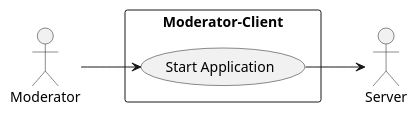
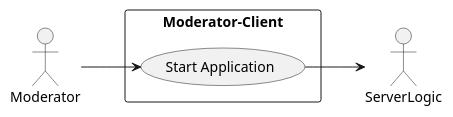
Before and after one commit to Brotenko/QualityQuest: the diagram in Docs/Technical Specifications/docs/diagrams/use-case-diagrams/moderator-client-a.puml, drawn with PlantUML. The commit also changed 18 other files, not shown here.

```diff
--- a/Docs/Technical Specifications/docs/diagrams/use-case-diagrams/moderator-client-a.puml
+++ b/Docs/Technical Specifications/docs/diagrams/use-case-diagrams/moderator-client-a.puml
@@ -1,50 +1,50 @@
 @startuml
 left to right direction
 
 
 rectangle "Moderator-Client" {
     usecase "Start Application" as start
 }
 
 actor "Moderator" as m
-actor "Server" as s
+actor "ServerLogic" as s
 
 m --> start
 start --> s
 
 
 
 
 
 /'
 rectangle "Moderator-Client" {
     
     usecase "Start Application" as s
     usecase "Show Intro" as ia
     usecase "Show Mainmenu" as mm
     usecase "Show Options" as so
     usecase "End Application" as ea
     usecase "Start Offline-Game" as og
     together {
     usecase "Connect to Server" as cs
     usecase "Start game" as sg
     }
 }
 actor "Moderator" as m
 actor "Server" as se
 'actor "PlayerAudience" as p
 
 
 
 m -right-> s
 ia .down.> s : <<extend>>
 s .right.> mm : <<include>>
 so .down.> mm : <<extend>>
 cs .down.> sg : <<include>>
 mm ..> cs : <<include>>
 ea ..> mm : <<extend>>
 cs -left-> se
 mm ..> og : <<include>>
 '/
 
 @enduml
```
